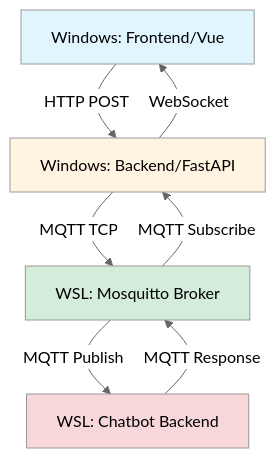
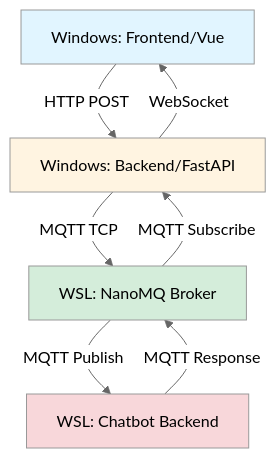
The first of 2 diagrams in docs/22-mqtt-simulation.md (zebbingo/resonova), drawn with Mermaid (neutral theme) before and after one commit. The commit also changed other lines of this file and 7 other files, not shown here.

````diff
--- a/docs/22-mqtt-simulation.md
+++ b/docs/22-mqtt-simulation.md
@@ -33,14 +33,14 @@
 ```mermaid
 graph TB
     A[Windows: Frontend/Vue] -->|HTTP POST| B[Windows: Backend/FastAPI]
     B -->|WebSocket| A
-    B -->|MQTT TCP| C[WSL: Mosquitto Broker]
+    B -->|MQTT TCP| C[WSL: NanoMQ Broker]
     C -->|MQTT Publish| D[WSL: Chatbot Backend]
     D -->|MQTT Response| C
     C -->|MQTT Subscribe| B
     
     style A fill:#e1f5ff
     style B fill:#fff4e1
     style C fill:#d4edda
     style D fill:#f8d7da
 ```
````
